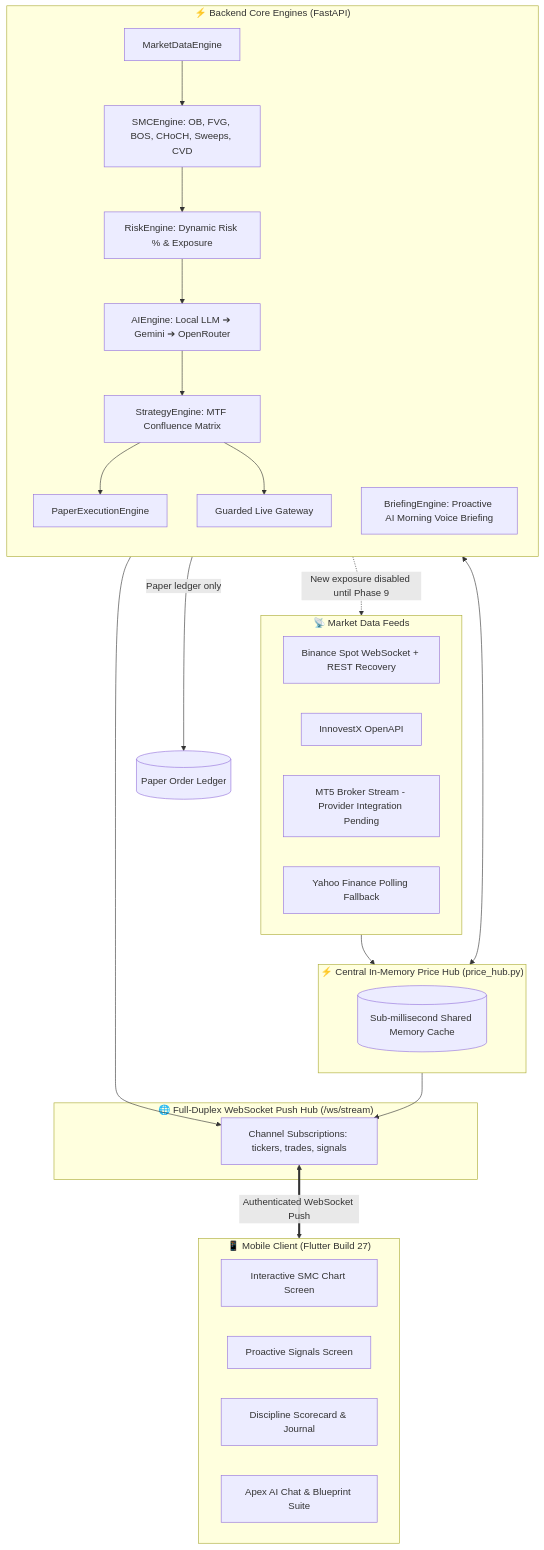
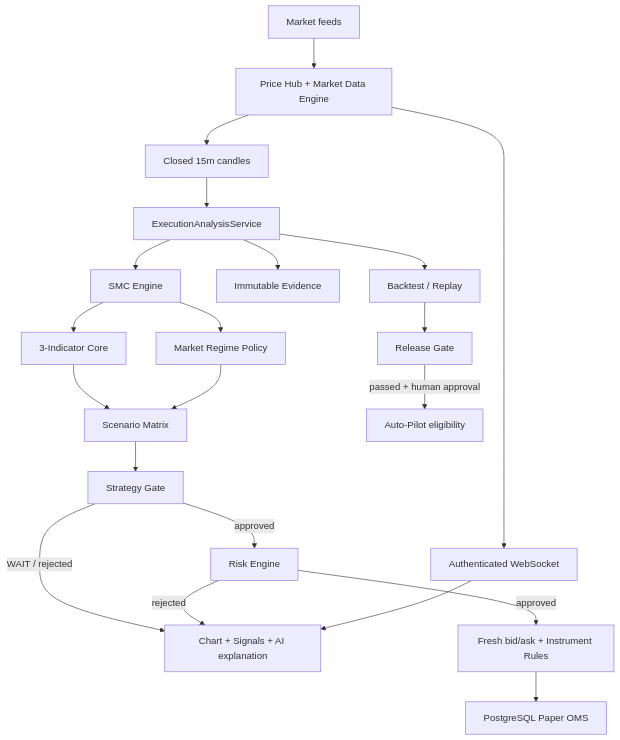
The diagram in README.md (pirateszero92/ai_trade_advisor), drawn with Mermaid before and after one commit. The commit also changed other lines of this file and 60 other files, not shown here.

Commit message:
feat: harden 15m SMC decision and reaction flow

````diff
--- a/README.md
+++ b/README.md
@@ -59,46 +66,26 @@
 ```mermaid
 flowchart TB
-    subgraph MarketDataLayer ["📡 Market Data Feeds"]
-        direction LR
-        CCXT[Binance Spot WebSocket + REST Recovery]
-        INVX[InnovestX OpenAPI]
-        MT5[MT5 Broker Stream - Provider Integration Pending]
-        YF[Yahoo Finance Polling Fallback]
-    end
+    FEED[Market feeds] --> HUB[Price Hub + Market Data Engine]
+    HUB --> CLOSED[Closed 15m candles]
+    CLOSED --> EXEC[ExecutionAnalysisService]
+    EXEC --> SMC[SMC Engine]
+    SMC --> CORE[3-Indicator Core]
+    SMC --> REGIME[Market Regime Policy]
+    CORE --> SCENARIO[Scenario Matrix]
+    REGIME --> SCENARIO
+    SCENARIO --> STRATEGY[Strategy Gate]
 
-    subgraph PriceHubLayer ["⚡ Central In-Memory Price Hub (price_hub.py)"]
-        direction LR
-        PH[(Sub-millisecond Shared Memory Cache)]
-    end
+    STRATEGY -->|WAIT / rejected| UI[Chart + Signals + AI explanation]
+    STRATEGY -->|approved| RISK[Risk Engine]
+    RISK -->|rejected| UI
+    RISK -->|approved| QUOTE[Fresh bid/ask + Instrument Rules]
+    QUOTE --> OMS[PostgreSQL Paper OMS]
 
-    subgraph BackendCore ["⚡ Backend Core Engines (FastAPI)"]
-        direction TB
-        MD[MarketDataEngine] --> SMC[SMCEngine: OB, FVG, BOS, CHoCH, Sweeps, CVD]
-        SMC --> Risk[RiskEngine: Dynamic Risk % & Exposure]
-        Risk --> AI[AIEngine: Local LLM ➔ Gemini ➔ OpenRouter]
-        AI --> Strategy[StrategyEngine: MTF Confluence Matrix]
-        Strategy --> Exec[PaperExecutionEngine]
-        Strategy --> Live[Guarded Live Gateway]
-        VB[BriefingEngine: Proactive AI Morning Voice Briefing]
-    end
+    EXEC --> EVIDENCE[Immutable Evidence]
+    EXEC --> BACKTEST[Backtest / Replay]
+    BACKTEST --> RELEASE[Release Gate]
+    RELEASE -->|passed + human approval| AUTOGATE[Auto-Pilot eligibility]
 
-    subgraph PushHub ["🌐 Full-Duplex WebSocket Push Hub (/ws/stream)"]
-        WS[Channel Subscriptions: tickers, trades, signals]
-    end
-
-    subgraph ClientLayer ["📱 Mobile Client (Flutter Build 27)"]
-        direction LR
-        Chart[Interactive SMC Chart Screen]
-        Signals[Proactive Signals Screen]
-        Journal[Discipline Scorecard & Journal]
-        ApexAI[Apex AI Chat & Blueprint Suite]
-    end
-
-    MarketDataLayer --> PH
-    PH <--> BackendCore
-    PH --> WS
-    BackendCore --> WS
-    WS <==>|Authenticated WebSocket Push| ClientLayer
-    Exec -->|Paper ledger only| Paper[(Paper Order Ledger)]
-    Live -.->|New exposure disabled until Phase 9| INVX
+    HUB --> WS[Authenticated WebSocket]
+    WS --> UI
 ```
````
